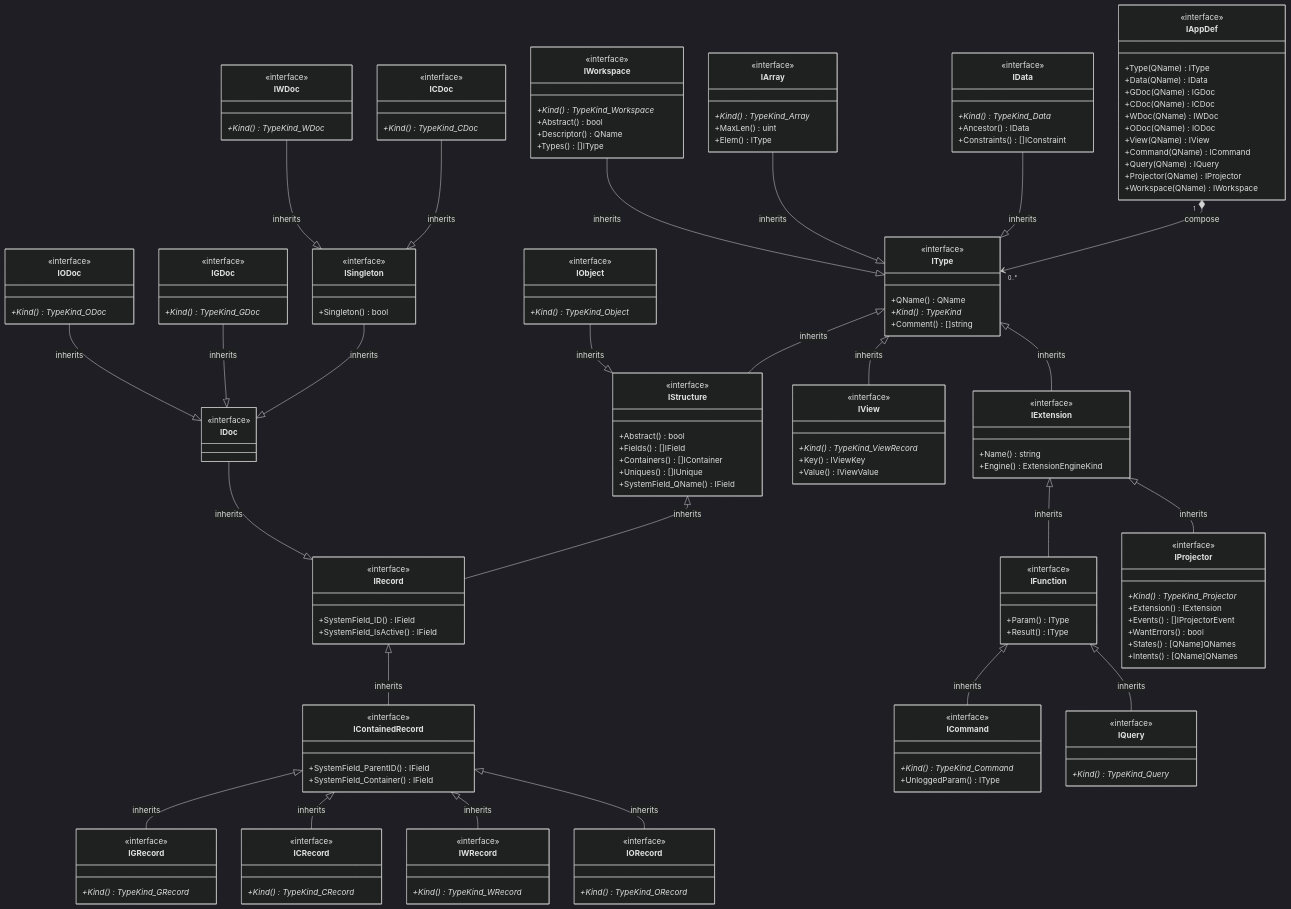
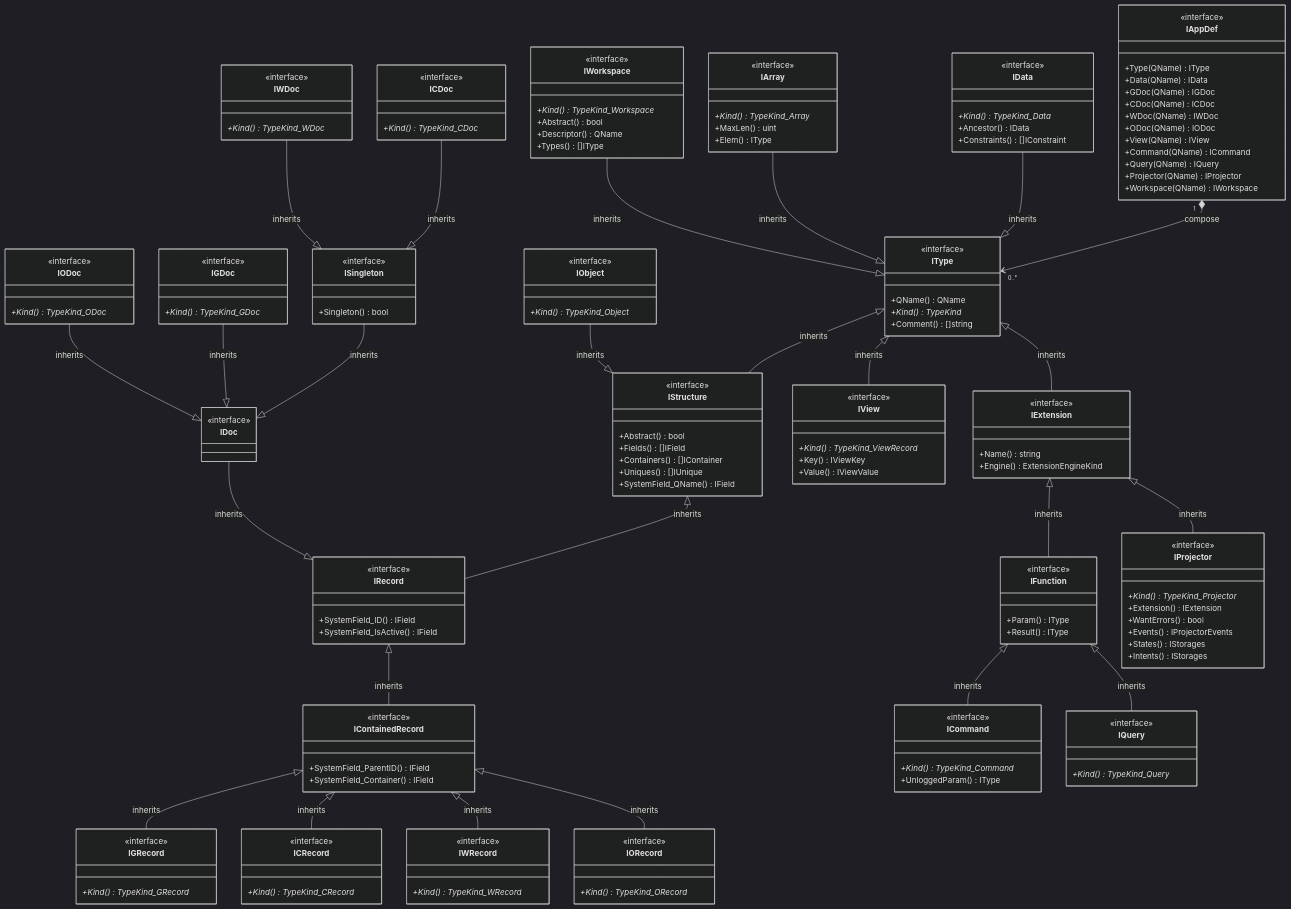
One commit to voedger/voedger changed the first of 7 diagrams in pkg/appdef/README.md. Above: the diagram before and after it, drawn with Mermaid (dark theme). The commit also changed other lines of this file, not shown here.

```diff
--- a/pkg/appdef/README.md
+++ b/pkg/appdef/README.md
@@ -176,10 +176,10 @@
         <<interface>>
         +Kind()* TypeKind_Projector
         +Extension() IExtension
-        +Events() []IProjectorEvent
         +WantErrors() bool
-        +States() [QName]QNames
-        +Intents() [QName]QNames
+        +Events() IProjectorEvents
+        +States() IStorages
+        +Intents() IStorages
     }
 
     IWorkspace --|> IType : inherits
```
